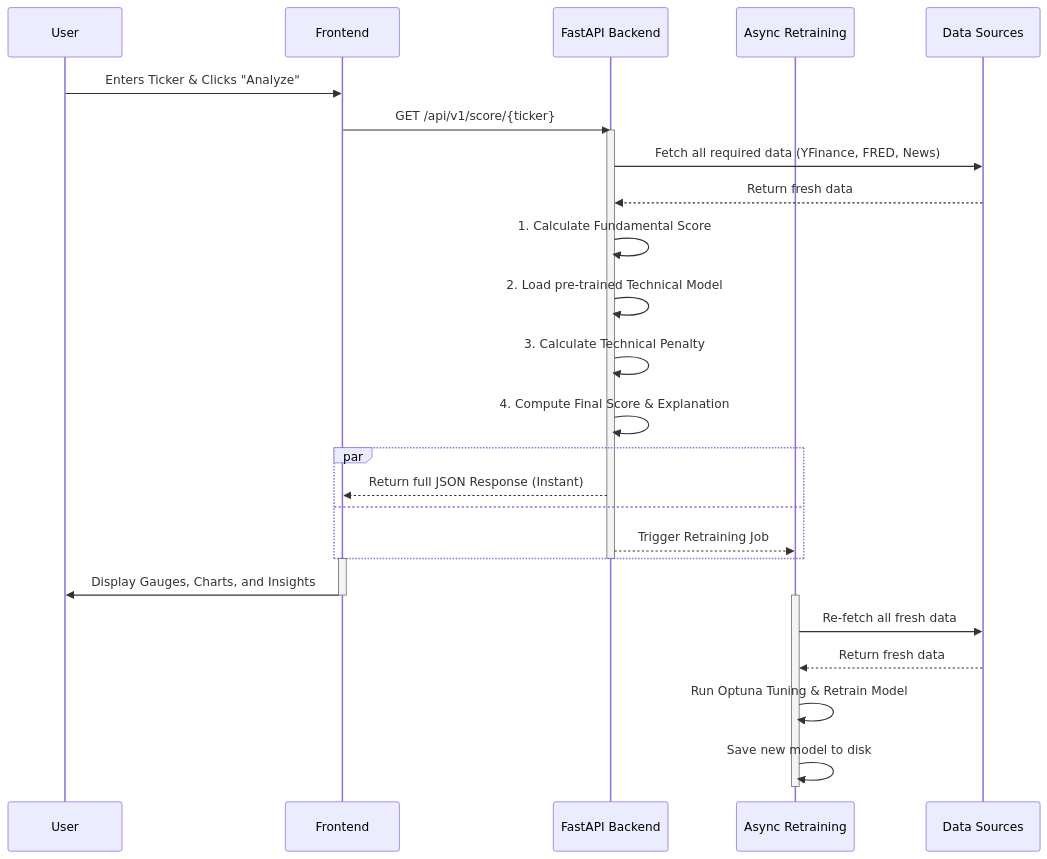
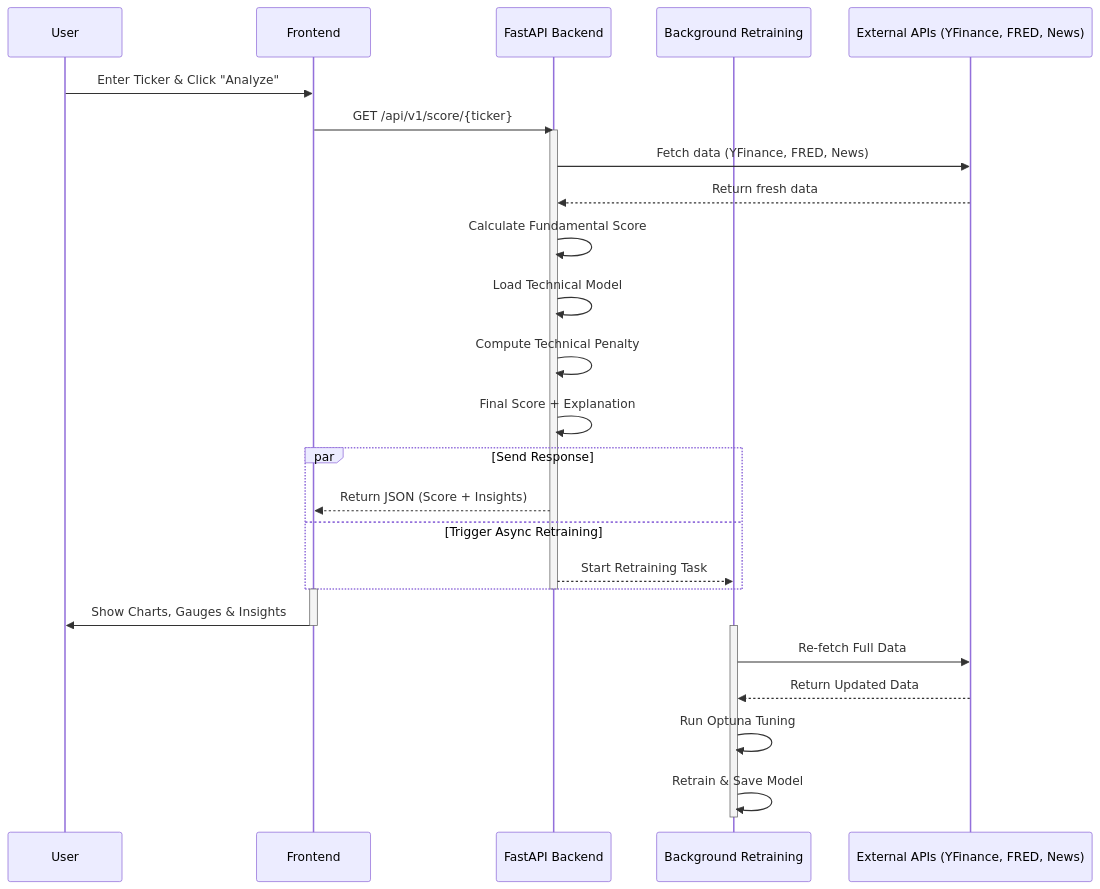
One commit to HarshitKumawat09/Credit-Intelligence-Platform changed the second of 2 diagrams in README.md. Above: the diagram before and after it, drawn with Mermaid.

````diff
--- a/README.md
+++ b/README.md
@@ -185,38 +185,47 @@
 ```mermaid
 sequenceDiagram
+    %% Participants
     participant User
     participant Frontend
-    participant BackendAPI as FastAPI Backend
-    participant BackgroundTask as Async Retraining
-    participant ExternalAPIs as Data Sources
+    participant Backend as FastAPI Backend
+    participant AsyncJob as Background Retraining
+    participant External as External APIs (YFinance, FRED, News)
 
-    User->>Frontend: Enters Ticker & Clicks "Analyze"
-    Frontend->>BackendAPI: GET /api/v1/score/{ticker}
-    
-    activate BackendAPI
-    BackendAPI->>ExternalAPIs: Fetch all required data (YFinance, FRED, News)
-    ExternalAPIs-->>BackendAPI: Return fresh data
-    
-    BackendAPI->>BackendAPI: 1. Calculate Fundamental Score
-    BackendAPI->>BackendAPI: 2. Load pre-trained Technical Model
-    BackendAPI->>BackendAPI: 3. Calculate Technical Penalty
-    BackendAPI->>BackendAPI: 4. Compute Final Score & Explanation
-    
-    par
-        BackendAPI-->>Frontend: Return full JSON Response (Instant)
-        and
-        BackendAPI-->>BackgroundTask: Trigger Retraining Job
+    %% User initiates request
+    User->>Frontend: Enter Ticker & Click "Analyze"
+    Frontend->>Backend: GET /api/v1/score/{ticker}
+
+    activate Backend
+
+    %% Backend fetches data
+    Backend->>External: Fetch data (YFinance, FRED, News)
+    External-->>Backend: Return fresh data
+
+    %% Backend processing
+    Backend->>Backend: Calculate Fundamental Score
+    Backend->>Backend: Load Technical Model
+    Backend->>Backend: Compute Technical Penalty
+    Backend->>Backend: Final Score + Explanation
+
+    %% Parallel response and async task
+    par Send Response
+        Backend-->>Frontend: Return JSON (Score + Insights)
+    and Trigger Async Retraining
+        Backend-->>AsyncJob: Start Retraining Task
     end
-    deactivate BackendAPI
 
+    deactivate Backend
+
+    %% Frontend renders results
     activate Frontend
-    Frontend->>User: Display Gauges, Charts, and Insights
+    Frontend->>User: Show Charts, Gauges & Insights
     deactivate Frontend
 
-    activate BackgroundTask
-    BackgroundTask->>ExternalAPIs: Re-fetch all fresh data
-    ExternalAPIs-->>BackgroundTask: Return fresh data
-    BackgroundTask->>BackgroundTask: Run Optuna Tuning & Retrain Model
-    BackgroundTask->>BackgroundTask: Save new model to disk
-    deactivate BackgroundTask
+    %% Background async task
+    activate AsyncJob
+    AsyncJob->>External: Re-fetch Full Data
+    External-->>AsyncJob: Return Updated Data
+    AsyncJob->>AsyncJob: Run Optuna Tuning
+    AsyncJob->>AsyncJob: Retrain & Save Model
+    deactivate AsyncJob
 ```
````
